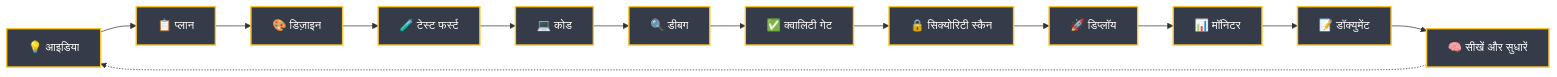
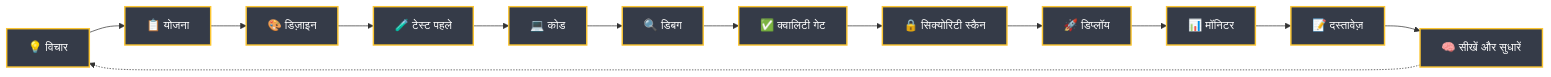
The second of 3 diagrams in README-hi.md (tody-agent/codymaster), drawn with Mermaid before and after one commit. The commit also changed other lines of this file and 27 other files, not shown here.

````diff
--- a/README-hi.md
+++ b/README-hi.md
@@ -79,17 +79,17 @@
 ```mermaid
 graph LR
-    A["💡 आइडिया"] --> B["📋 प्लान"]
-    B --> C["🎨 डिज़ाइन"]
-    C --> D["🧪 टेस्ट फर्स्ट"]
+    A["💡 विचार"] --> B["📋 योजना"]
+    B --> C["🎨 डिज़ाइन"]
+    C --> D["🧪 टेस्ट पहले"]
     D --> E["💻 कोड"]
-    E --> F["🔍 डीबग"]
+    E --> F["🔍 डिबग"]
     F --> G["✅ क्वालिटी गेट"]
     G --> H["🔒 सिक्योरिटी स्कैन"]
     H --> I["🚀 डिप्लॉय"]
     I --> J["📊 मॉनिटर"]
-    J --> K["📝 डॉक्युमेंट"]
+    J --> K["📝 दस्तावेज़"]
     K --> L["🧠 सीखें और सुधारें"]
     L -.-> A
     classDef phase fill:#353b48,stroke:#fbc531,stroke-width:2px,color:#fff;
     class A,B,C,D,E,F,G,H,I,J,K,L phase;
 ```
````
